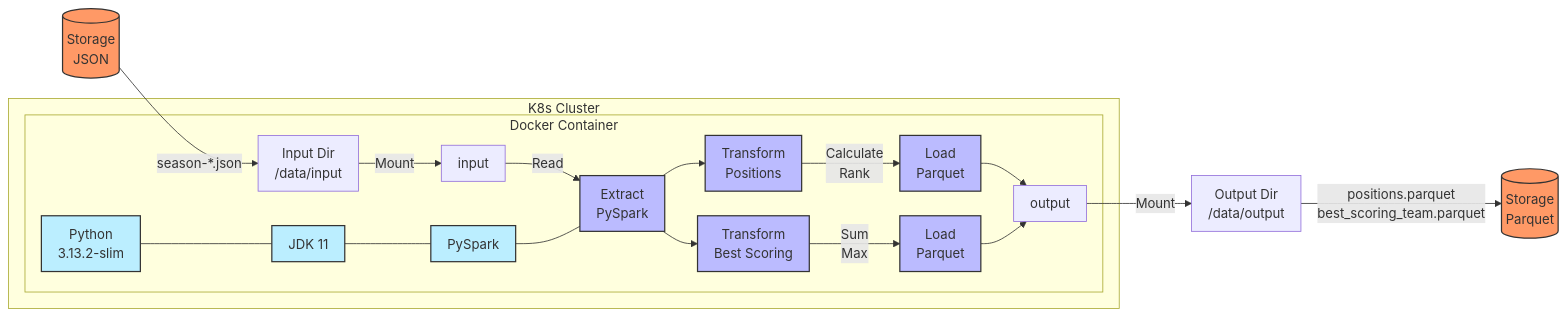
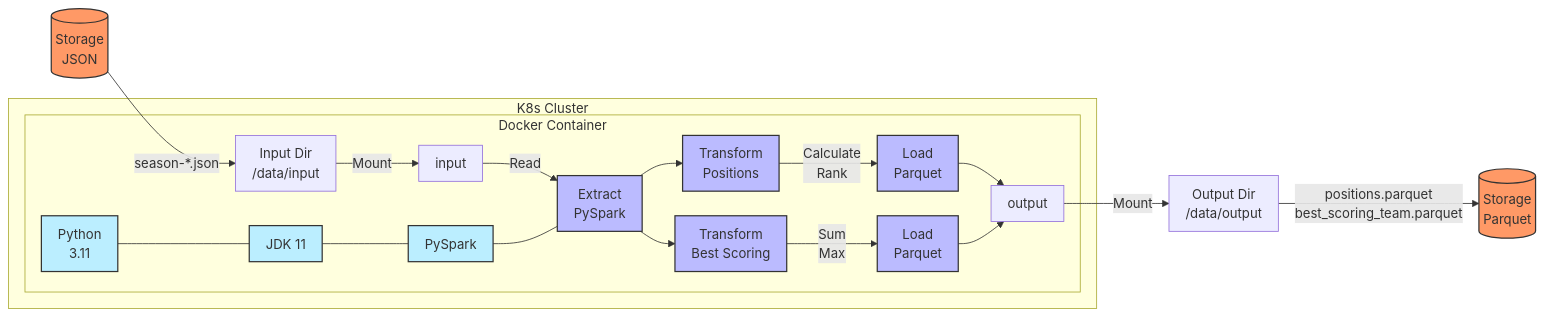
One commit to mbayonal/crisil_assignment changed the first of 2 diagrams in README.md. Above: the diagram before and after it, drawn with Mermaid.

````diff
--- a/README.md
+++ b/README.md
@@ -13,37 +13,37 @@
 ```mermaid
 %%{init: {'theme': 'default', 'flowchart': {'curve': 'basis', 'diagramPadding': 8, 'nodeSpacing': 30, 'rankSpacing': 40, 'padding': 10}}}%%
 flowchart LR
     %% Data Source
     S1[(Storage\nJSON)] -->|season-*.json| S2[Input Dir\n/data/input]
     
     subgraph "K8s Cluster"
         subgraph "Docker Container" 
             S2 -->|Mount| P1[input]
             P1 -->|Read| E[Extract\nPySpark]
             
             E --> T1[Transform\nPositions]
             E --> T2[Transform\nBest Scoring]
             
             T1 -->|Calculate\nRank| L1[Load\nParquet]
             T2 -->|Sum\nMax| L2[Load\nParquet]
             
             L1 --> P2[output]
             L2 --> P2
             
-            R[Python\n3.13.2-slim] --- J[JDK 11]
+            R[Python\n3.11] --- J[JDK 11]
             J --- PS[PySpark]
             PS --- E
         end
     end
     
     P2 -->|Mount| S3[Output Dir\n/data/output]
     S3 -->|positions.parquet\nbest_scoring_team.parquet| S4[(Storage\nParquet)]
     
     classDef storage fill:#f96,stroke:#333,stroke-width:1.5px
     classDef container fill:#bef,stroke:#333,stroke-width:1.5px
     classDef process fill:#bbf,stroke:#333,stroke-width:1.5px
     
     class S1,S4 storage
     class E,T1,T2,L1,L2 process
     class R,J,PS container
 ```
````
